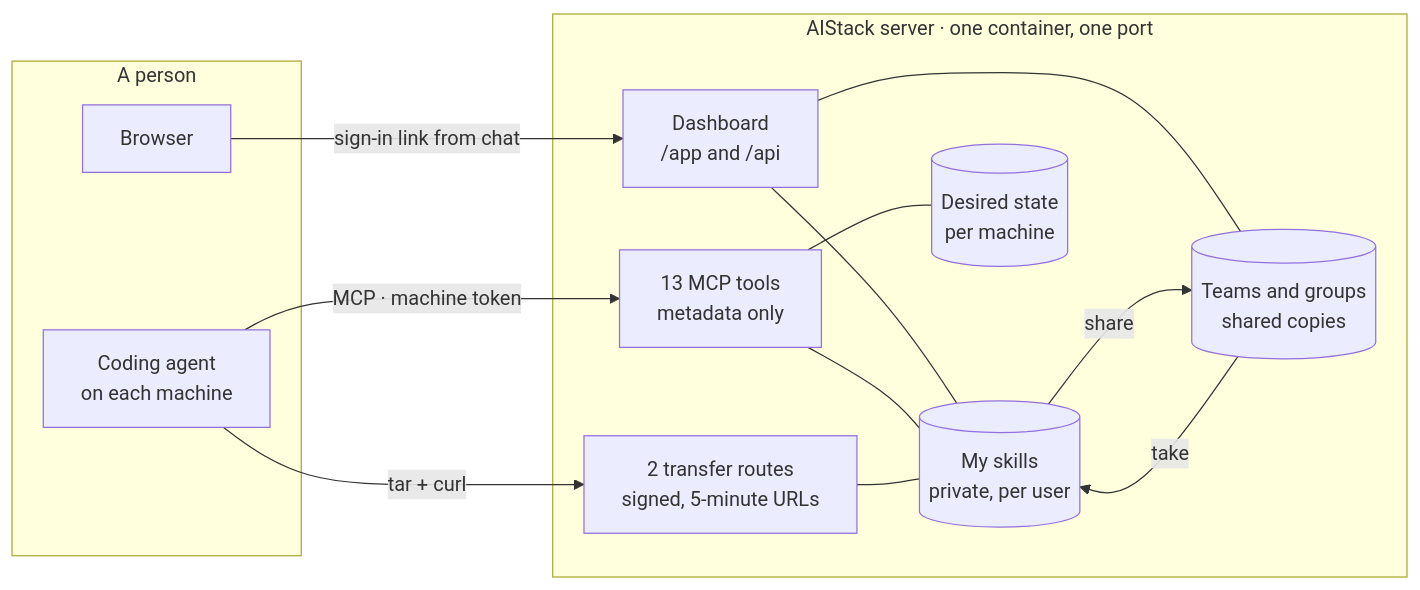
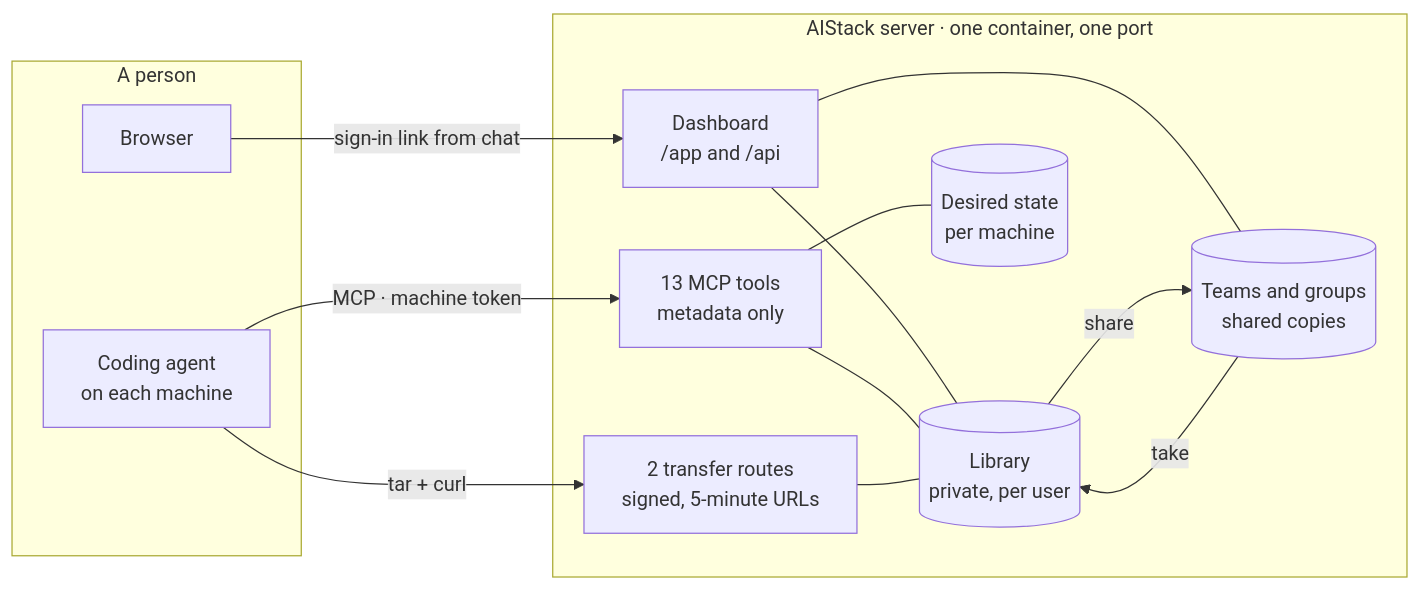
The diagram in README.md (dchristopoulos/AIStack), drawn with Mermaid before and after one commit. The commit also changed other lines of this file and 24 other files, not shown here.

````diff
--- a/README.md
+++ b/README.md
@@ -63,26 +63,26 @@
 ```mermaid
 flowchart LR
     subgraph people["A person"]
         browser["Browser"]
         agent["Coding agent<br/>on each machine"]
     end
     subgraph server["AIStack server · one container, one port"]
         dash["Dashboard<br/>/app and /api"]
         tools["13 MCP tools<br/>metadata only"]
         routes["2 transfer routes<br/>signed, 5-minute URLs"]
-        mine[("My skills<br/>private, per user")]
+        mine[("Library<br/>private, per user")]
         teams[("Teams and groups<br/>shared copies")]
         desired[("Desired state<br/>per machine")]
     end
 
     browser -- "sign-in link from chat" --> dash
     agent -- "MCP · machine token" --> tools
     agent -- "tar + curl" --> routes
     dash --- mine
     dash --- teams
     tools --- mine
     tools --- desired
     routes --- mine
     mine -- "share" --> teams
     teams -- "take" --> mine
 ```
````
